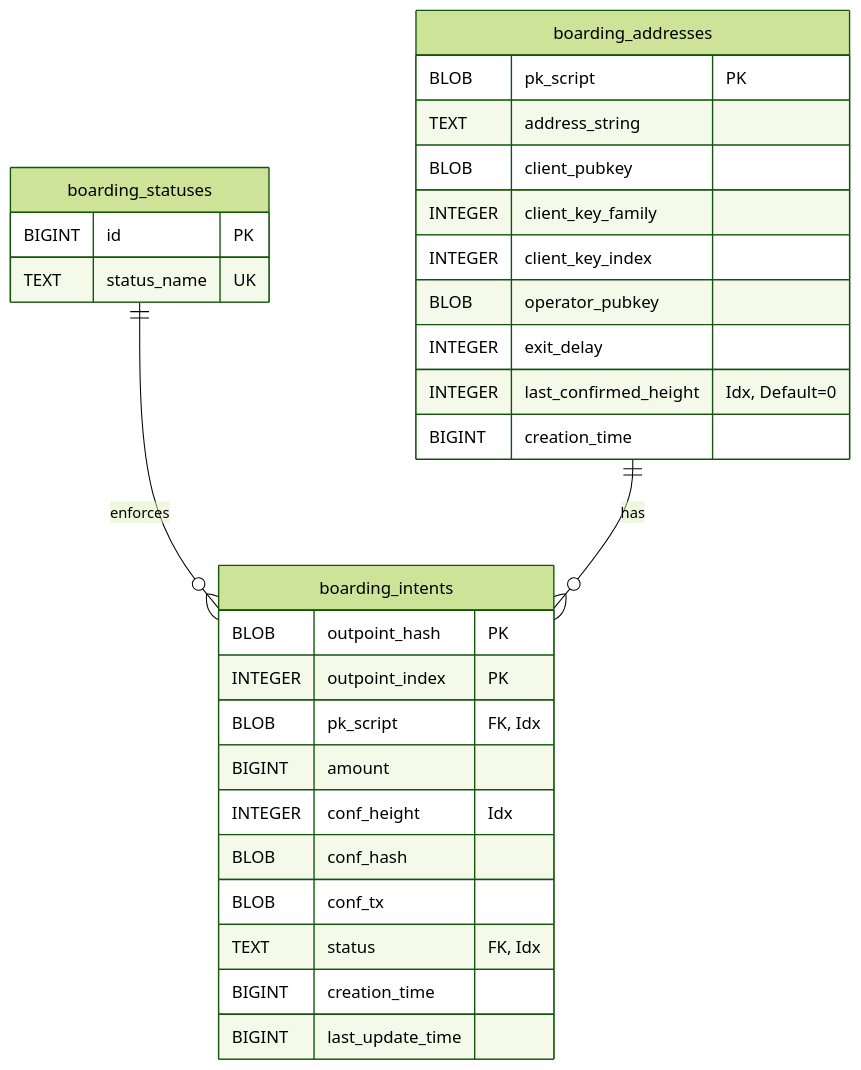
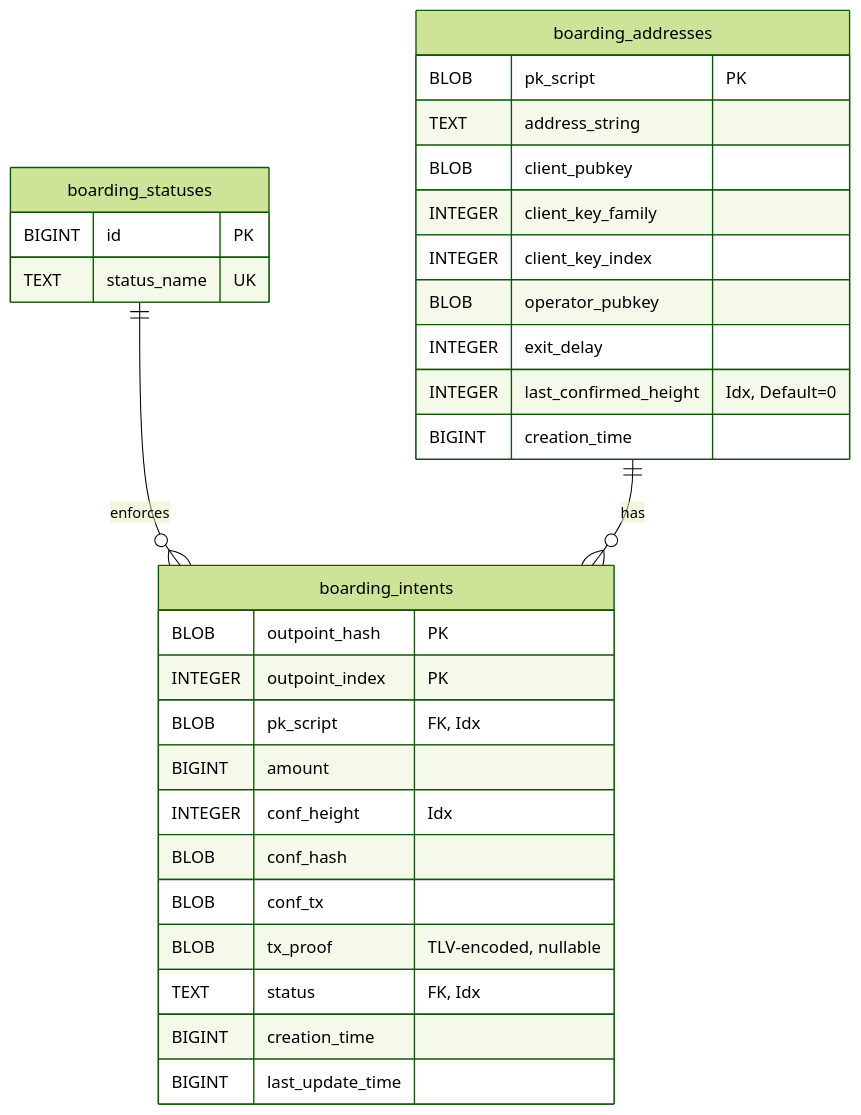
Before and after one commit to lightninglabs/wavelength: the diagram in db/boarding_wallet.md, drawn with Mermaid (forest theme). The commit also changed other lines of this file and 5 other files, not shown here.

````diff
--- a/db/boarding_wallet.md
+++ b/db/boarding_wallet.md
@@ -27,35 +27,36 @@
 ```mermaid
 erDiagram
     boarding_statuses ||--o{ boarding_intents : "enforces"
     boarding_addresses ||--o{ boarding_intents : "has"
 
     boarding_statuses {
         BIGINT id "PK"
         TEXT status_name "UK"
     }
 
     boarding_addresses {
         BLOB pk_script "PK"
         TEXT address_string
         BLOB client_pubkey
         INTEGER client_key_family
         INTEGER client_key_index
         BLOB operator_pubkey
         INTEGER exit_delay
         INTEGER last_confirmed_height "Idx, Default=0"
         BIGINT creation_time
     }
 
     boarding_intents {
         BLOB outpoint_hash "PK"
         INTEGER outpoint_index "PK"
         BLOB pk_script "FK, Idx"
         BIGINT amount
         INTEGER conf_height "Idx"
         BLOB conf_hash
         BLOB conf_tx
+        BLOB tx_proof "TLV-encoded, nullable"
         TEXT status "FK, Idx"
         BIGINT creation_time
         BIGINT last_update_time
     }
 ```
````
